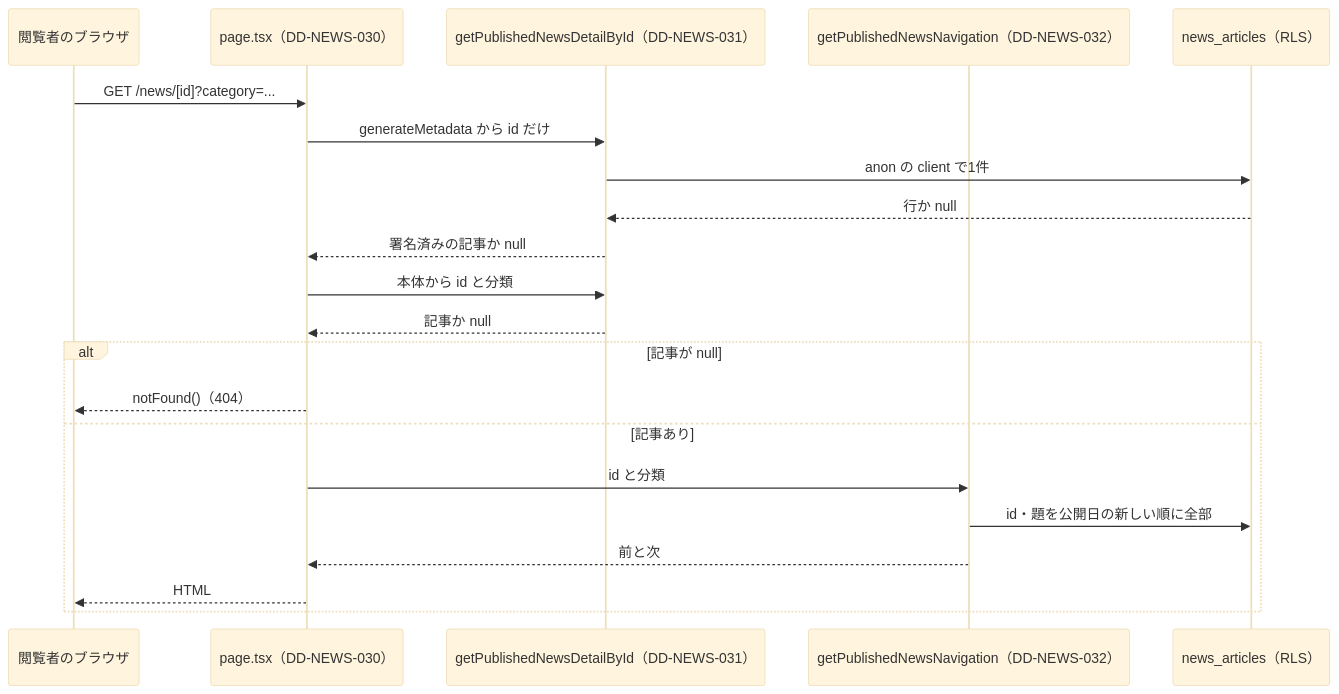
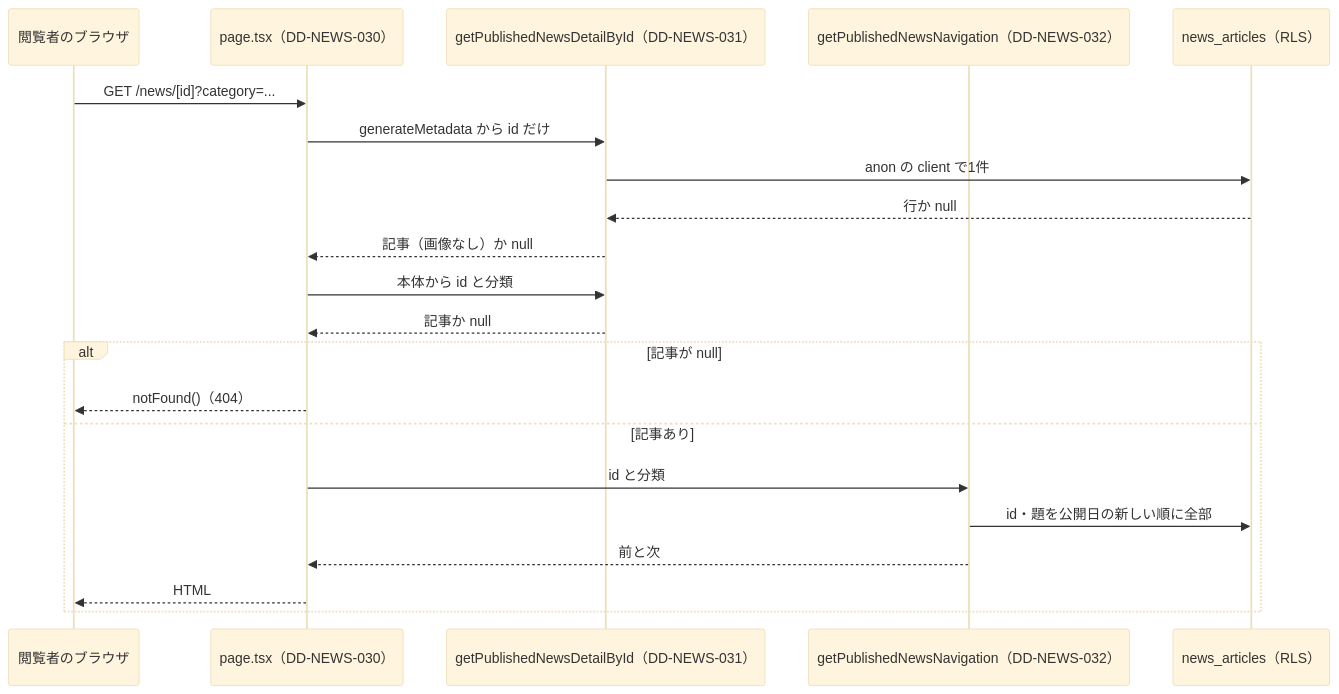
One commit to ChocoWork/o_official changed the diagram in docs/04_DetailDesign/pages/03_news_detail.md. Above: the diagram before and after it, drawn with Mermaid (base theme). The commit also changed other lines of this file and 177 other files, not shown here.

````diff
--- a/docs/04_DetailDesign/pages/03_news_detail.md
+++ b/docs/04_DetailDesign/pages/03_news_detail.md
@@ -62,23 +62,23 @@
 ```mermaid
 sequenceDiagram
   participant B as 閲覧者のブラウザ
   participant P as page.tsx（DD-NEWS-030）
   participant D as getPublishedNewsDetailById（DD-NEWS-031）
   participant N as getPublishedNewsNavigation（DD-NEWS-032）
   participant DB as news_articles（RLS）
   B->>P: GET /news/[id]?category=...
   P->>D: generateMetadata から id だけ
   D->>DB: anon の client で1件
   DB-->>D: 行か null
-  D-->>P: 署名済みの記事か null
+  D-->>P: 記事（画像なし）か null
   P->>D: 本体から id と分類
   D-->>P: 記事か null
   alt 記事が null
     P-->>B: notFound()（404）
   else 記事あり
     P->>N: id と分類
     N->>DB: id・題を公開日の新しい順に全部
     N-->>P: 前と次
     P-->>B: HTML
   end
 ```
````
